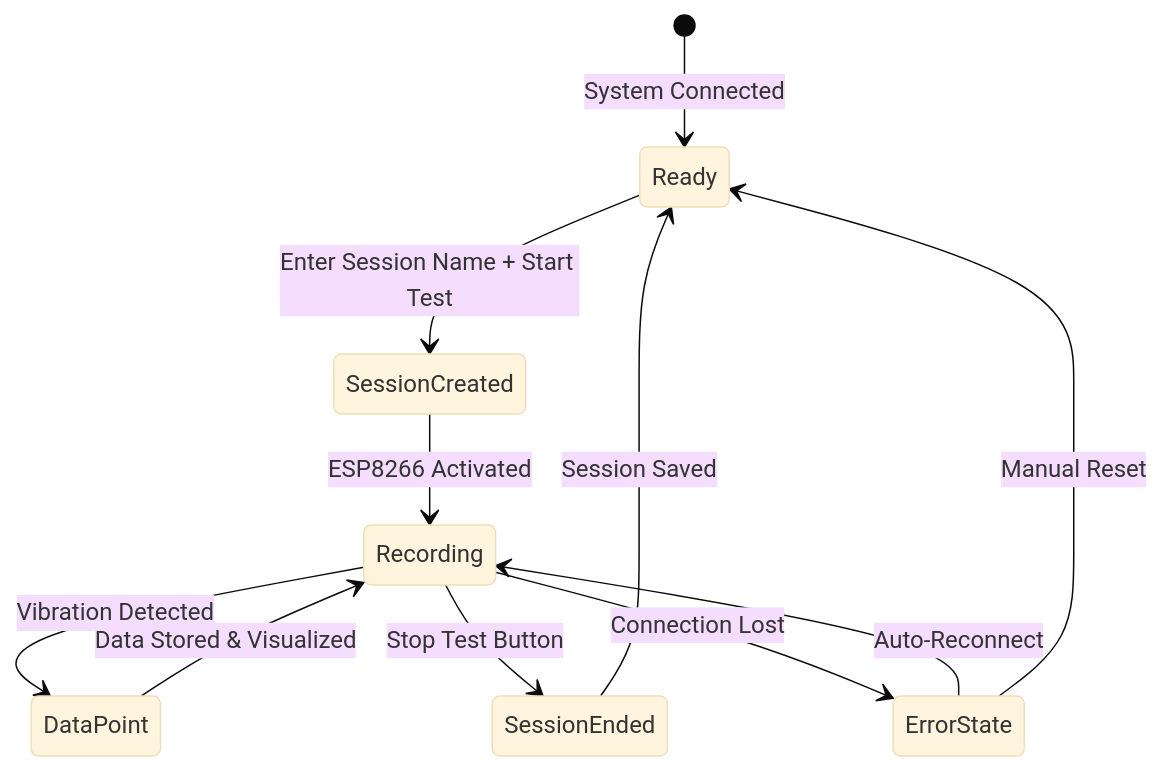
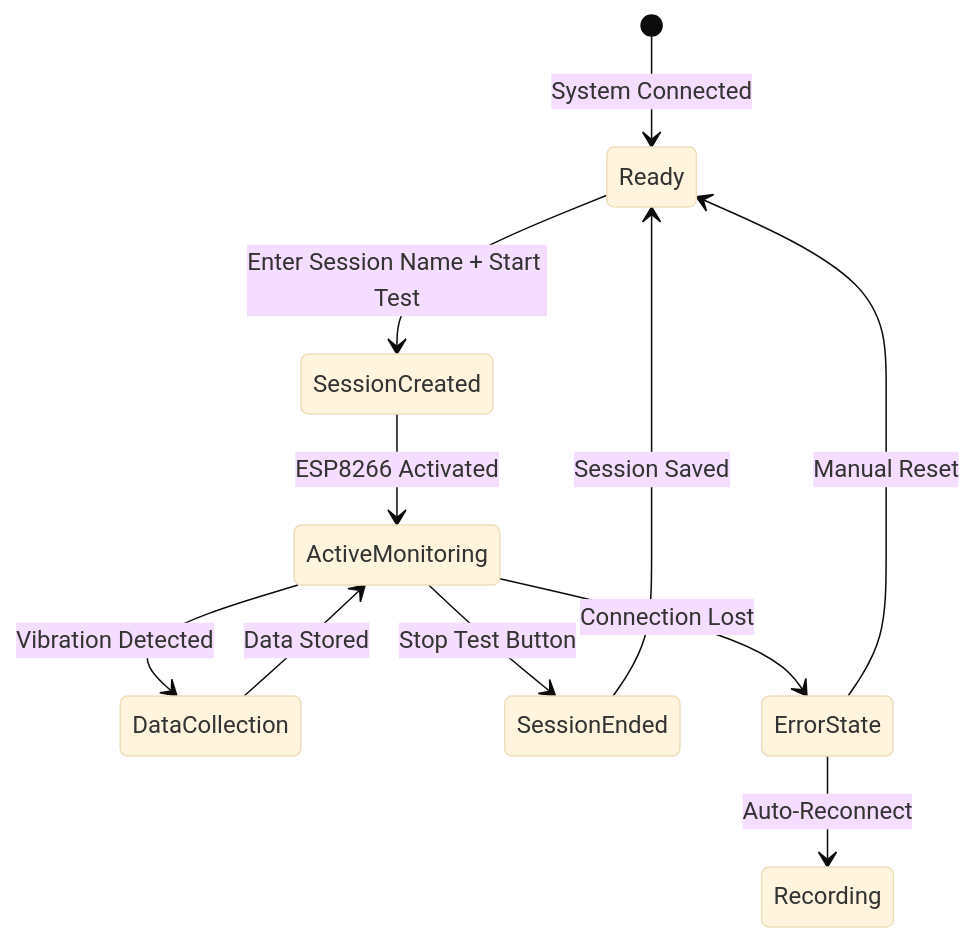
Before and after one commit to Red-misst/vibrations: diagram 12 of 18 in README.md, drawn with Mermaid (base theme). The commit also changed other lines of this file, not shown here.

Commit message:
second commit

````diff
--- a/README.md
+++ b/README.md
@@ -766,16 +766,16 @@
 ```mermaid
 stateDiagram-v2
     [*] --> Ready: System Connected
     Ready --> SessionCreated: Enter Session Name + Start Test
-    SessionCreated --> Recording: ESP8266 Activated
+    SessionCreated --> ActiveMonitoring: ESP8266 Activated
     
-    Recording --> DataPoint: Vibration Detected
-    DataPoint --> Recording: Data Stored & Visualized
+    ActiveMonitoring --> DataCollection: Vibration Detected
+    DataCollection --> ActiveMonitoring: Data Stored
     
-    Recording --> SessionEnded: Stop Test Button
+    ActiveMonitoring --> SessionEnded: Stop Test Button
     SessionEnded --> Ready: Session Saved
     
-    Recording --> ErrorState: Connection Lost
+    ActiveMonitoring --> ErrorState: Connection Lost
     ErrorState --> Recording: Auto-Reconnect
     ErrorState --> Ready: Manual Reset
 ```
````
